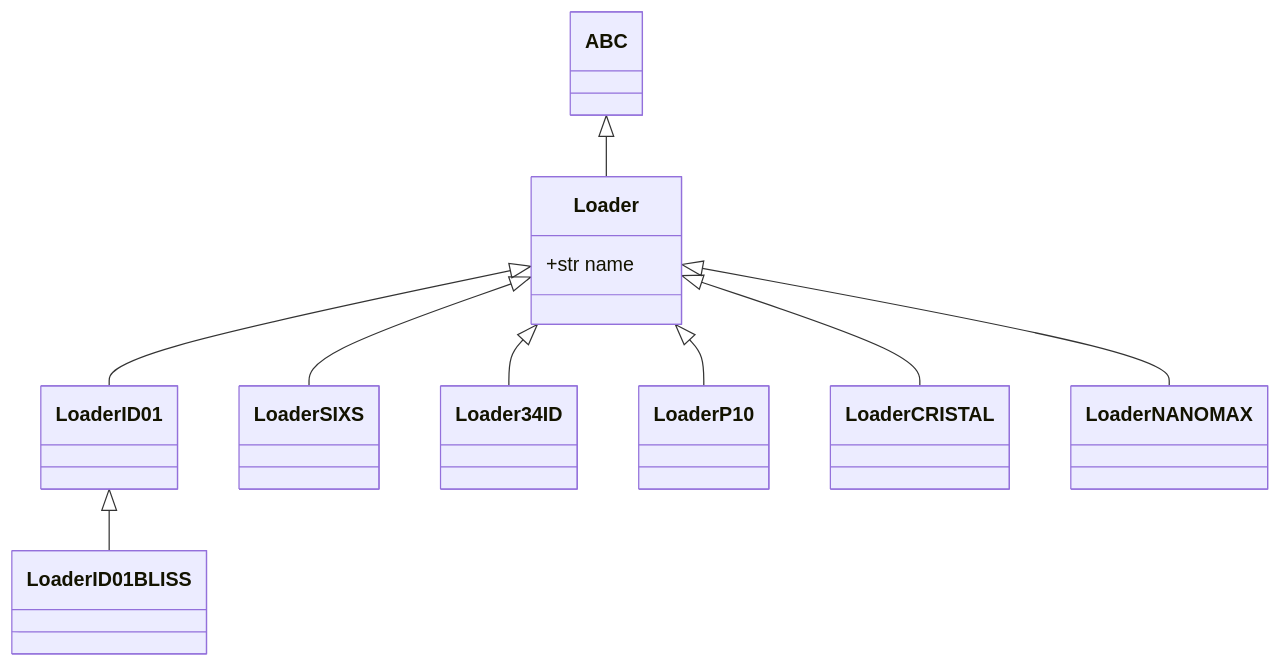
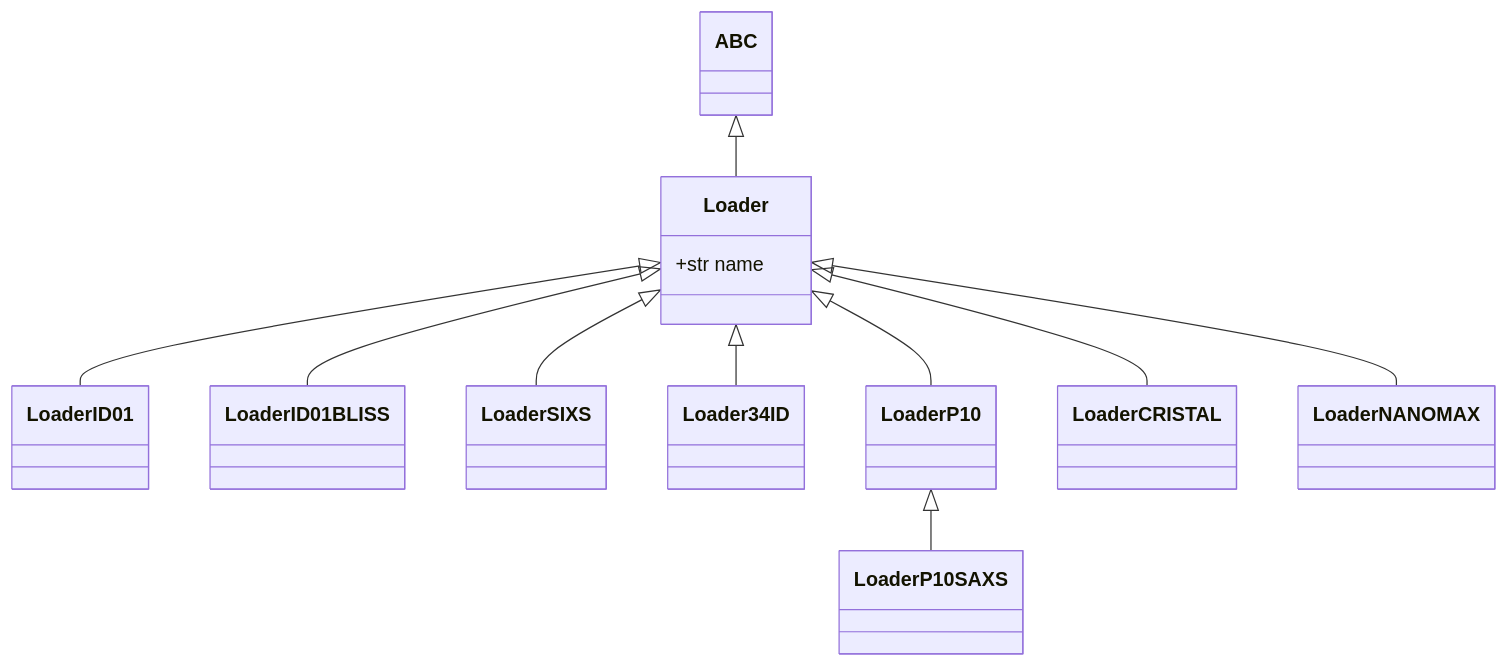
Before and after one commit to carnisj/bcdi: the fifth of 5 diagrams in doc/modules/experiment/index.rst, drawn with Mermaid. The commit also changed other lines of this file and 3 other files, not shown here.

```diff
--- a/doc/modules/experiment/index.rst
+++ b/doc/modules/experiment/index.rst
@@ -146,15 +149,16 @@
 .. mermaid::
   :align: center
 
   classDiagram
     class Loader{
       +str name
   }
     ABC <|-- Loader
     Loader <|-- LoaderID01
-    LoaderID01 <|-- LoaderID01BLISS
+    Loader <|-- LoaderID01BLISS
     Loader <|-- LoaderSIXS
     Loader <|-- Loader34ID
     Loader <|-- LoaderP10
+    LoaderP10 <|-- LoaderP10SAXS
     Loader <|-- LoaderCRISTAL
     Loader <|-- LoaderNANOMAX
```
